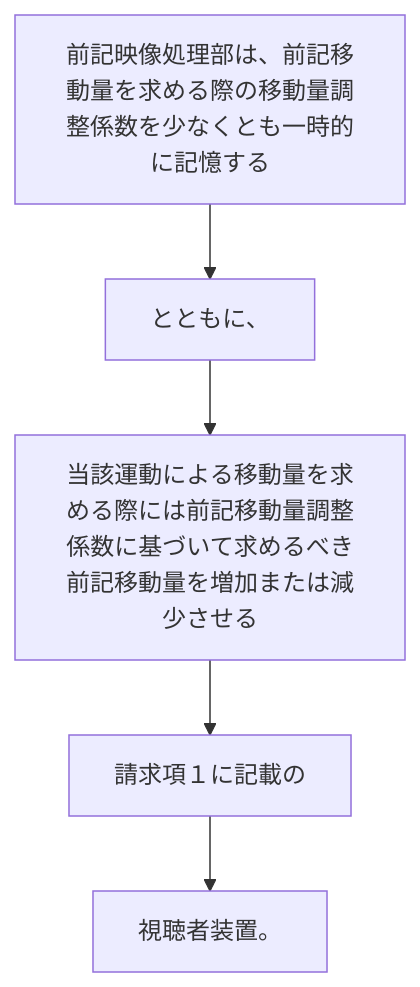
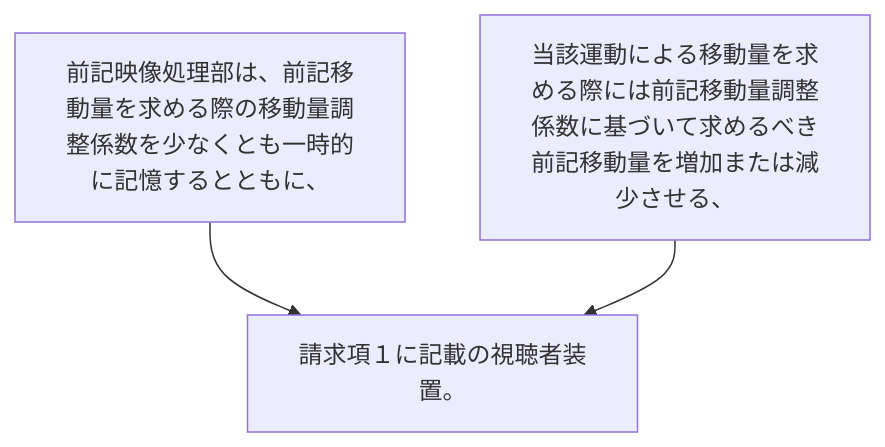
Before and after one commit to shinmori55/patent_analyzed: the diagram in 2024/JP2024015616A/claim_3/README.md, drawn with Mermaid. The commit also changed 11 other files, not shown here.

````diff
--- a/2024/JP2024015616A/claim_3/README.md
+++ b/2024/JP2024015616A/claim_3/README.md
@@ -3,12 +3,8 @@
 ```mermaid
 flowchart TD
-A[前記映像処理部は、前記移動量を求める際の移動量調整係数を少なくとも一時的に記憶する]
-B[とともに、]
-C[当該運動による移動量を求める際には前記移動量調整係数に基づいて求めるべき前記移動量を増加または減少させる]
-D[請求項１に記載の]
-E[視聴者装置。]
-A --> B
+A[前記映像処理部は、前記移動量を求める際の移動量調整係数を少なくとも一時的に記憶するとともに、]
+B[当該運動による移動量を求める際には前記移動量調整係数に基づいて求めるべき前記移動量を増加または減少させる、]
+C[請求項１に記載の視聴者装置。]
+A --> C
 B --> C
-C --> D
-D --> E
 ```
````
